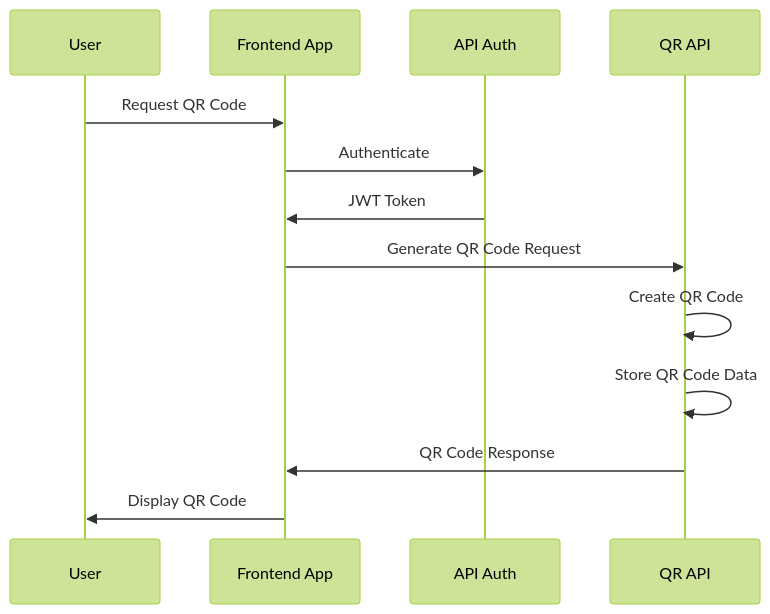
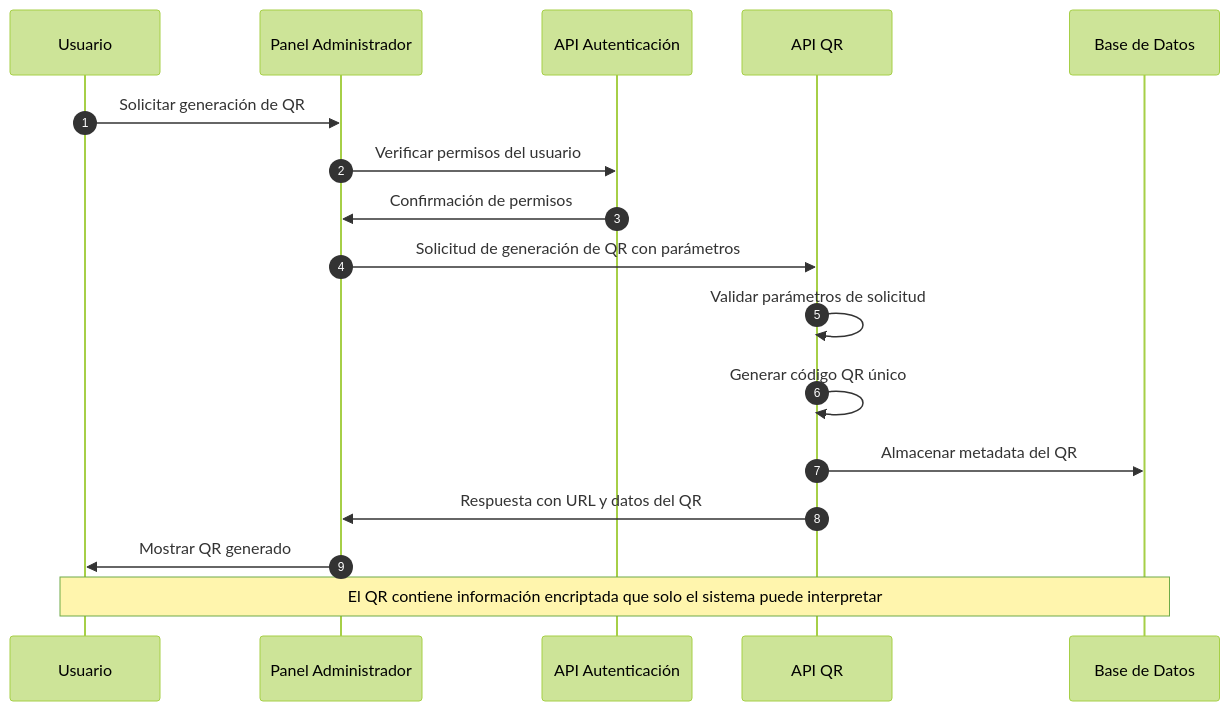
Before and after one commit to Pesgard/QR-Coats-docs: the second of 6 diagrams in docs/architecture/data-flow/index.md, drawn with Mermaid (forest theme). The commit also changed other lines of this file and 7 other files, not shown here.

````diff
--- a/docs/architecture/data-flow/index.md
+++ b/docs/architecture/data-flow/index.md
@@ -29,15 +48,24 @@
 ```mermaid
 sequenceDiagram
-    participant User
-    participant Frontend as Frontend App
-    participant Auth as API Auth
-    participant QR as QR API
-    User->>Frontend: Request QR Code
-    Frontend->>Auth: Authenticate
-    Auth->>Frontend: JWT Token
-    Frontend->>QR: Generate QR Code Request
-    QR->>QR: Create QR Code
-    QR->>QR: Store QR Code Data
-    QR->>Frontend: QR Code Response
-    Frontend->>User: Display QR Code
+    autonumber
+    participant Usuario
+    participant Admin as Panel Administrador
+    participant Auth as API Autenticación
+    participant QR as API QR
+    participant DB as Base de Datos
+    
+    Usuario->>Admin: Solicitar generación de QR
+    Admin->>Auth: Verificar permisos del usuario
+    Auth->>Admin: Confirmación de permisos
+    
+    Admin->>QR: Solicitud de generación de QR con parámetros
+    
+    QR->>QR: Validar parámetros de solicitud
+    QR->>QR: Generar código QR único
+    QR->>DB: Almacenar metadata del QR
+    
+    QR->>Admin: Respuesta con URL y datos del QR
+    Admin->>Usuario: Mostrar QR generado
+    
+    Note over Usuario,DB: El QR contiene información encriptada que solo el sistema puede interpretar
 ```
````
